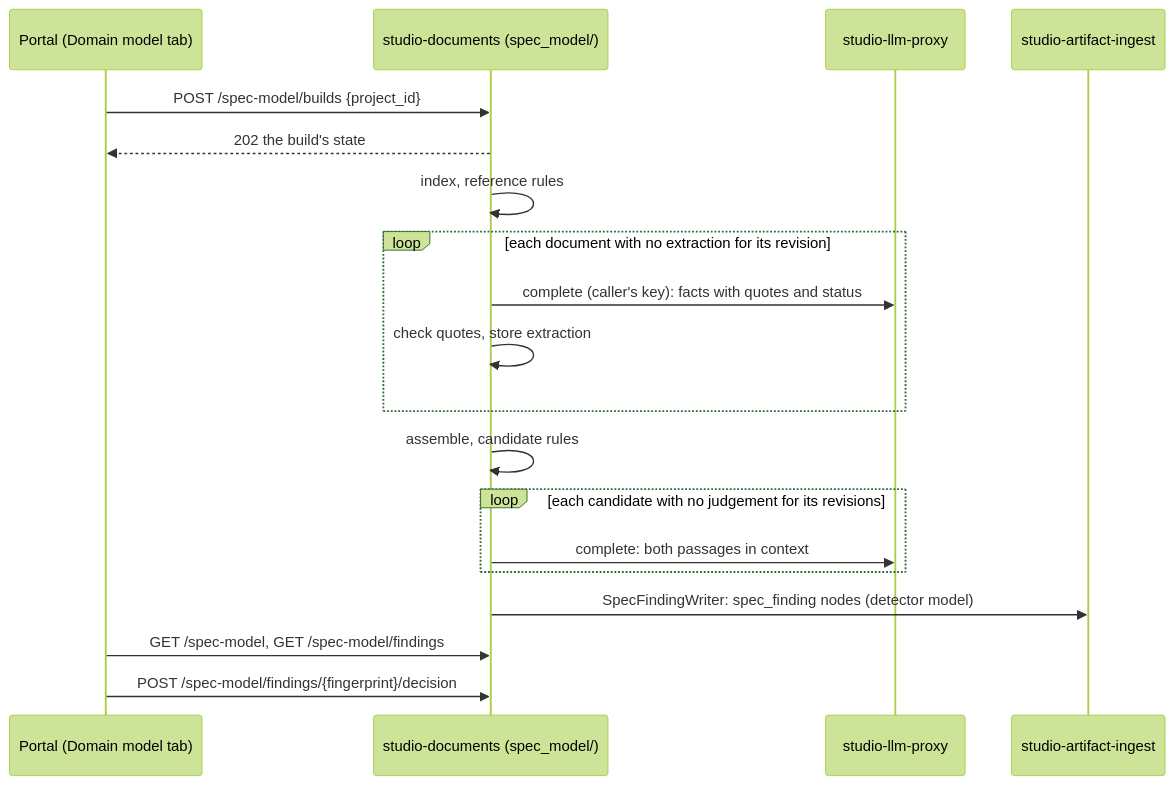
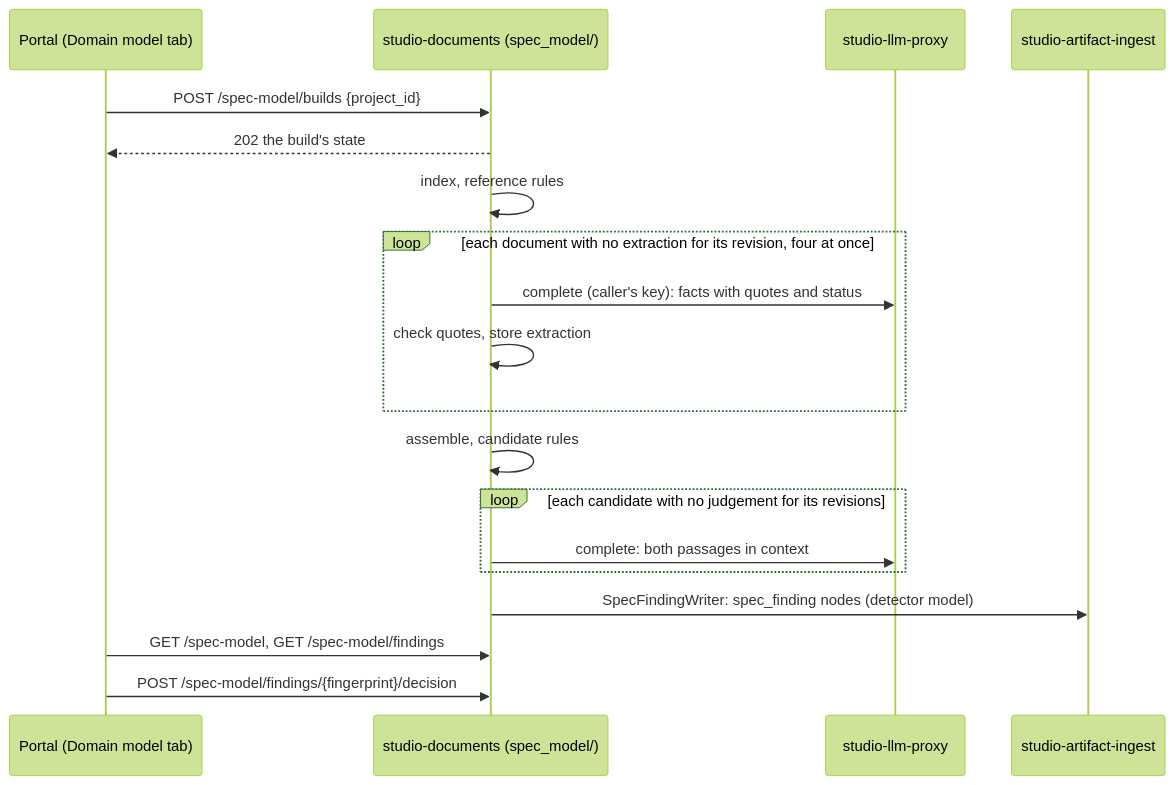
One commit to AndIConstructor/studio-web changed the diagram in docs/spec-domain-model.md. Above: the diagram before and after it, drawn with Mermaid (forest theme). The commit also changed other lines of this file and 245 other files, not shown here.

````diff
--- a/docs/spec-domain-model.md
+++ b/docs/spec-domain-model.md
@@ -178,21 +178,21 @@
 ```mermaid
 sequenceDiagram
     participant P as Portal (Domain model tab)
     participant D as studio-documents (spec_model/)
     participant L as studio-llm-proxy
     participant G as studio-artifact-ingest
     P->>D: POST /spec-model/builds {project_id}
     D-->>P: 202 the build's state
     D->>D: index, reference rules
-    loop each document with no extraction for its revision
+    loop each document with no extraction for its revision, four at once
         D->>L: complete (caller's key): facts with quotes and status
         D->>D: check quotes, store extraction
     end
     D->>D: assemble, candidate rules
     loop each candidate with no judgement for its revisions
         D->>L: complete: both passages in context
     end
     D->>G: SpecFindingWriter: spec_finding nodes (detector model)
     P->>D: GET /spec-model, GET /spec-model/findings
     P->>D: POST /spec-model/findings/{fingerprint}/decision
 ```
````
